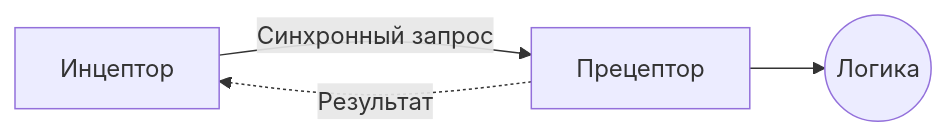
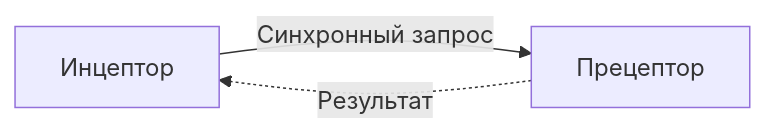
The first of 4 diagrams in ru/msa.md (johnthesmith/scraps), drawn with Mermaid before and after one commit.

````diff
--- a/ru/msa.md
+++ b/ru/msa.md
@@ -13,10 +13,8 @@
 ```mermaid
 graph LR;
     inceptor[Инцептор]
     preceptor[Прецептор]
-    rig((Логика))
 
     inceptor --> |Синхронный запрос| preceptor;
     preceptor -.-> |Результат| inceptor;
-    preceptor --> rig
 ```
````
